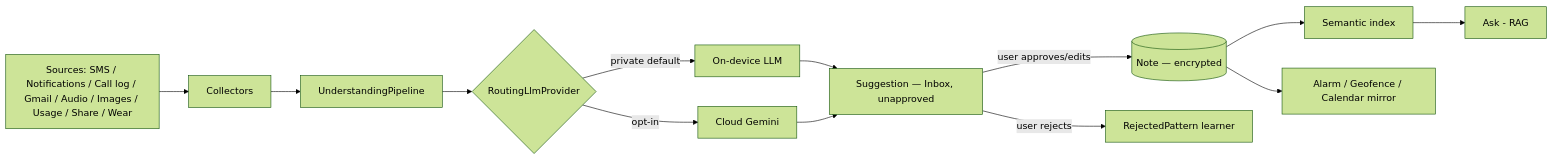
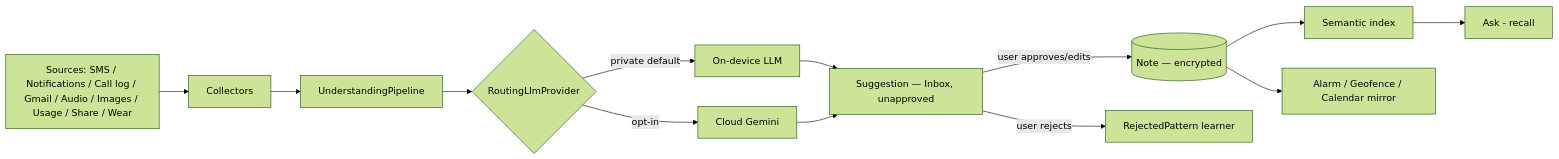
Before and after one commit to SMK1705/Android_apps: the ninth of 17 diagrams in apps/taskmind/docs/TECHNICAL_DOCUMENTATION.md, drawn with Mermaid (forest theme). The commit also changed other lines of this file and 2 other files, not shown here.

First line of the commit message:
docs(ask): update READMEs + technical doc for the Ask overhaul

````diff
--- a/apps/taskmind/docs/TECHNICAL_DOCUMENTATION.md
+++ b/apps/taskmind/docs/TECHNICAL_DOCUMENTATION.md
@@ -2300,15 +2319,15 @@
 ```mermaid
 graph LR
     S[Sources: SMS / Notifications / Call log / Gmail / Audio / Images / Usage / Share / Wear] --> C[Collectors]
     C --> P[UnderstandingPipeline]
     P --> R{RoutingLlmProvider}
     R -->|private default| ON[On-device LLM]
     R -->|opt-in| CL[Cloud Gemini]
     ON --> SU[Suggestion — Inbox, unapproved]
     CL --> SU
     SU -->|user approves/edits| N[(Note — encrypted)]
     SU -->|user rejects| RL[RejectedPattern learner]
     N --> IDX[Semantic index]
     N --> AL[Alarm / Geofence / Calendar mirror]
-    IDX --> ASK[Ask - RAG]
+    IDX --> ASK[Ask - recall]
 ```
````
